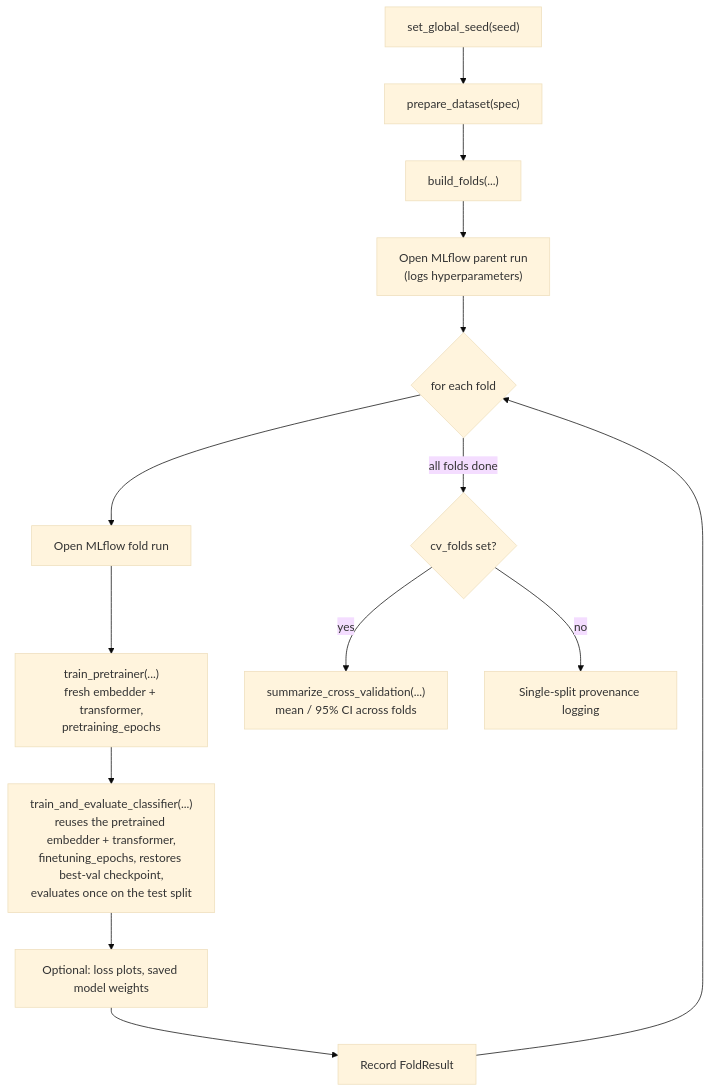
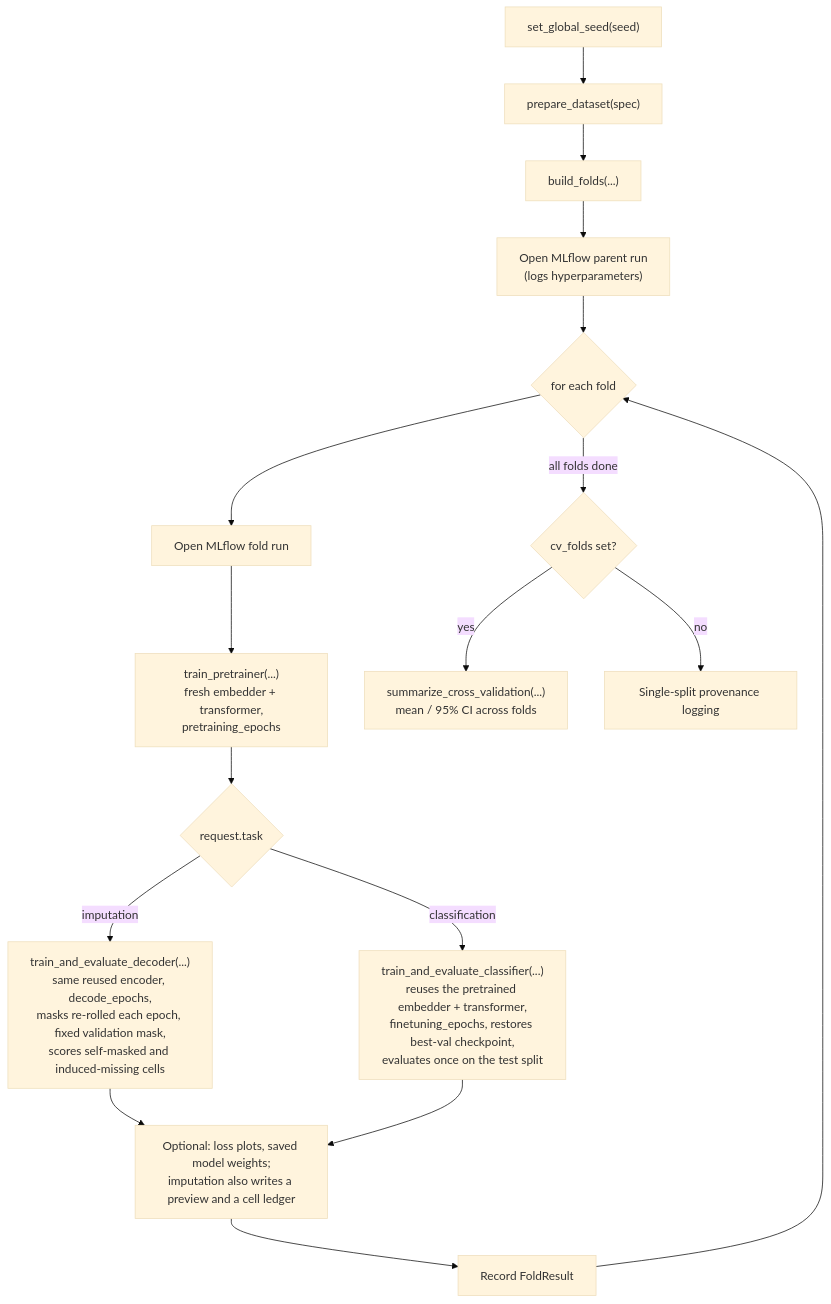
Diagram 19 of 19 in docs/ARCHITECTURE.md (diogoneiss/TRIDENT), drawn with Mermaid (base theme) before and after one commit. The commit also changed other lines of this file and 32 other files, not shown here.

````diff
--- a/docs/ARCHITECTURE.md
+++ b/docs/ARCHITECTURE.md
@@ -323,16 +387,19 @@
 ```mermaid
 flowchart TD
     Seed["set_global_seed(seed)"] --> Prep["prepare_dataset(spec)"]
     Prep --> Folds["build_folds(...)"]
     Folds --> Parent["Open MLflow parent run<br/>(logs hyperparameters)"]
     Parent --> FoldLoop{"for each fold"}
     FoldLoop --> FoldRun["Open MLflow fold run"]
     FoldRun --> Pretrain["train_pretrainer(...)<br/>fresh embedder + transformer,<br/>pretraining_epochs"]
-    Pretrain --> Finetune["train_and_evaluate_classifier(...)<br/>reuses the pretrained embedder + transformer,<br/>finetuning_epochs, restores best-val checkpoint,<br/>evaluates once on the test split"]
-    Finetune --> Artifacts["Optional: loss plots, saved model weights"]
+    Pretrain --> Task{"request.task"}
+    Task -->|"classification"| Finetune["train_and_evaluate_classifier(...)<br/>reuses the pretrained embedder + transformer,<br/>finetuning_epochs, restores best-val checkpoint,<br/>evaluates once on the test split"]
+    Task -->|"imputation"| Decode["train_and_evaluate_decoder(...)<br/>same reused encoder, decode_epochs,<br/>masks re-rolled each epoch, fixed validation mask,<br/>scores self-masked and induced-missing cells"]
+    Decode --> Artifacts
+    Finetune --> Artifacts["Optional: loss plots, saved model weights;<br/>imputation also writes a preview and a cell ledger"]
     Artifacts --> Record["Record FoldResult"]
     Record --> FoldLoop
     FoldLoop -->|"all folds done"| Aggregate{"cv_folds set?"}
     Aggregate -->|"yes"| CVSummary["summarize_cross_validation(...)<br/>mean / 95% CI across folds"]
     Aggregate -->|"no"| SingleSplit["Single-split provenance logging"]
 ```
````
